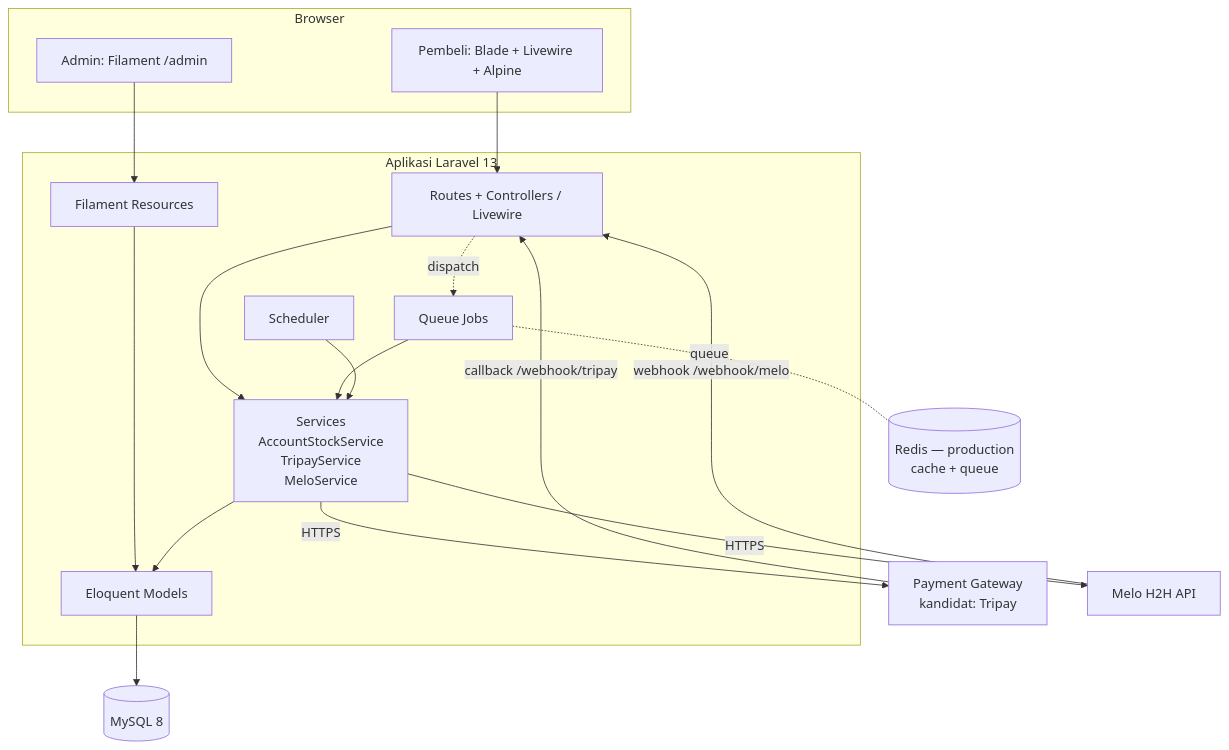
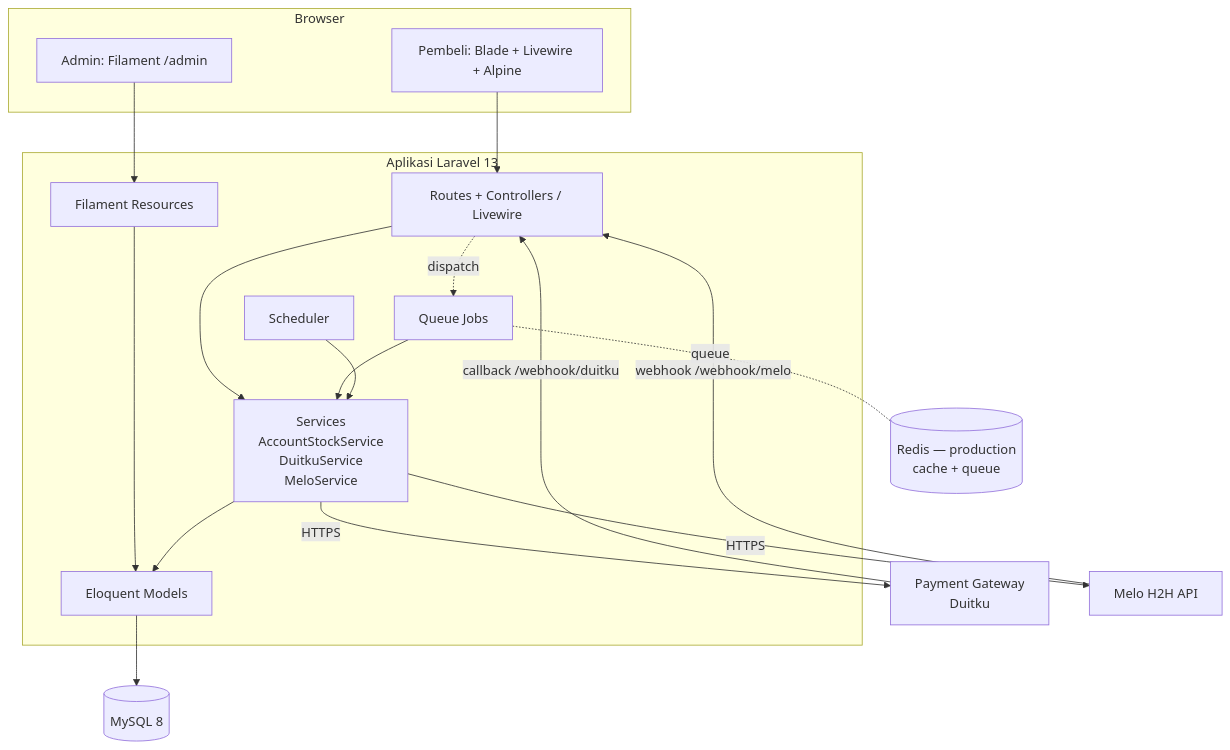
Before and after one commit to ilhamfajarandika/zeth-market: the diagram in docs/SYSTEM_ARCHITECTURE.md, drawn with Mermaid. The commit also changed other lines of this file and 21 other files, not shown here.

First line of the commit message:
[feat] replace Tripay with Duitku as payment gateway

````diff
--- a/docs/SYSTEM_ARCHITECTURE.md
+++ b/docs/SYSTEM_ARCHITECTURE.md
@@ -7,34 +7,34 @@
 ```mermaid
 flowchart TB
     subgraph Browser
         U[Pembeli: Blade + Livewire + Alpine]
         A[Admin: Filament /admin]
     end
     subgraph Laravel["Aplikasi Laravel 13"]
         R[Routes + Controllers / Livewire]
         F[Filament Resources]
-        SV[Services<br/>AccountStockService<br/>TripayService<br/>MeloService]
+        SV[Services<br/>AccountStockService<br/>DuitkuService<br/>MeloService]
         J[Queue Jobs]
         SC[Scheduler]
         M[Eloquent Models]
     end
     DB[(MySQL 8)]
     RD[(Redis — production<br/>cache + queue)]
-    PG[Payment Gateway<br/>kandidat: Tripay]
+    PG[Payment Gateway<br/>Duitku]
     DF[Melo H2H API]
 
     U --> R
     A --> F
     R --> SV
     F --> M
     SV --> M
     M --> DB
     J --> SV
     SC --> SV
     R -. dispatch .-> J
     J -. queue .- RD
     SV -->|HTTPS| PG
     SV -->|HTTPS| DF
-    PG -->|callback /webhook/tripay| R
+    PG -->|callback /webhook/duitku| R
     DF -->|webhook /webhook/melo| R
 ```
````
